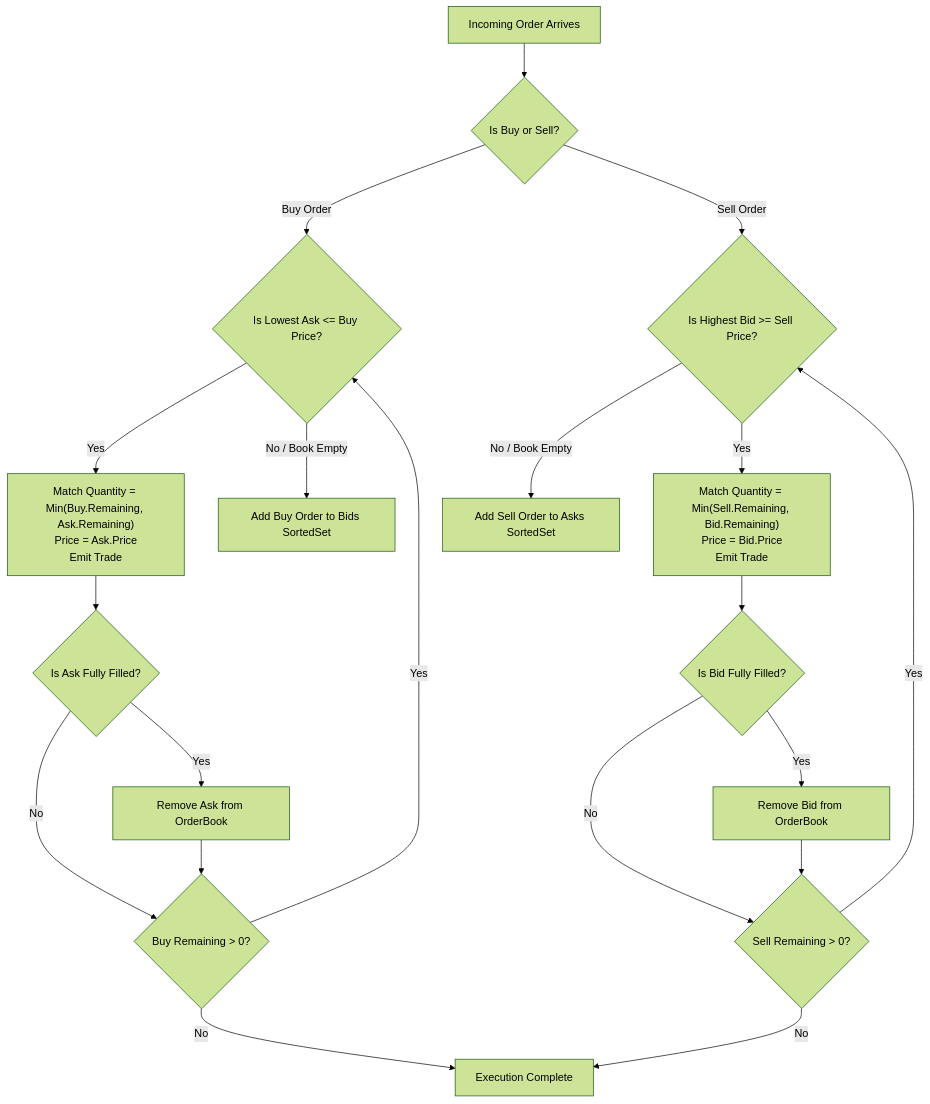
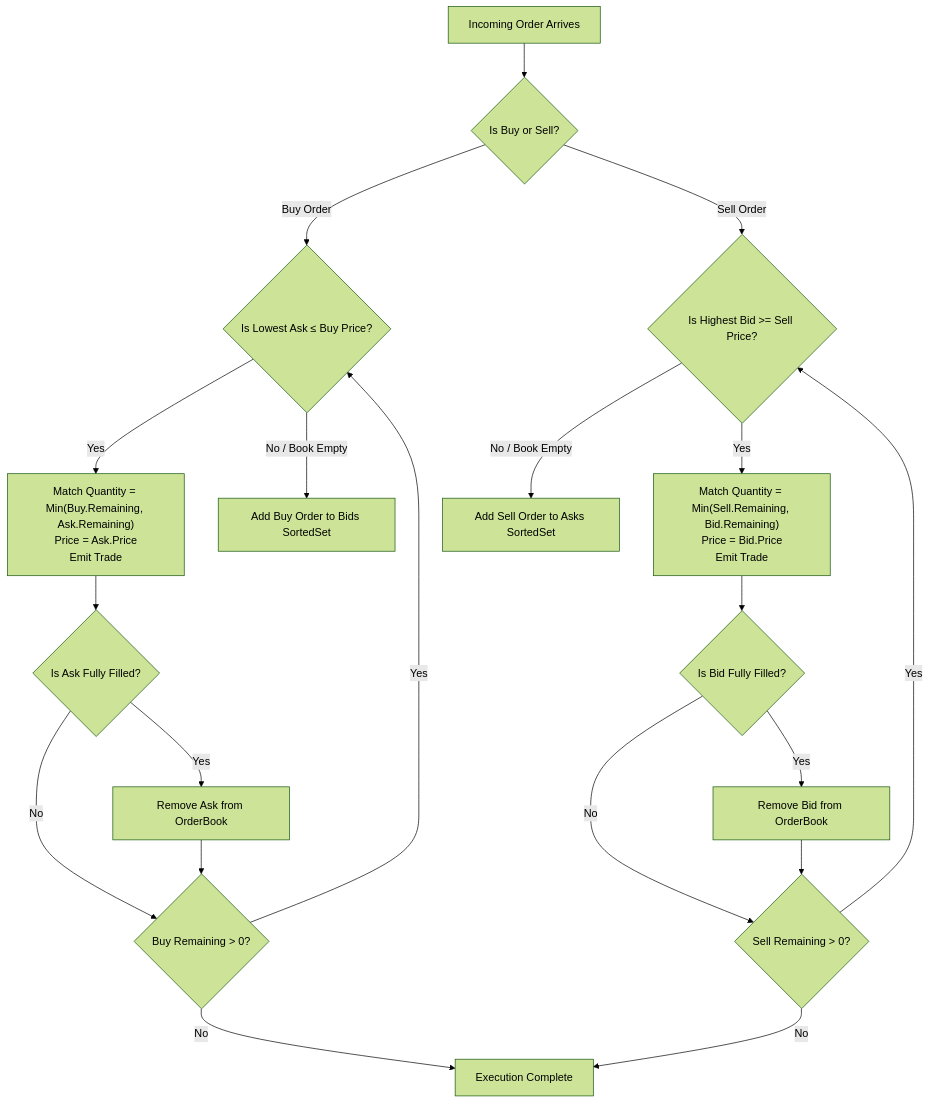
One commit to dip4k/DSA_102 changed the second of 2 diagrams in LLD/04_Tier4_Senior_Backend/35_Stock_Exchange_Matching_Engine.md. Above: the diagram before and after it, drawn with Mermaid (forest theme). The commit also changed 191 other files, not shown here.

````diff
--- a/LLD/04_Tier4_Senior_Backend/35_Stock_Exchange_Matching_Engine.md
+++ b/LLD/04_Tier4_Senior_Backend/35_Stock_Exchange_Matching_Engine.md
@@ -286,24 +286,24 @@
 ```mermaid
 flowchart TD
     Start["Incoming Order Arrives"] --> CheckSide{"Is Buy or Sell?"}
 
-    CheckSide -->|Buy Order| MatchAsk{"Is Lowest Ask <= Buy Price?"}
-    MatchAsk -->|Yes| ExecBuy["Match Quantity = Min(Buy.Remaining, Ask.Remaining)\nPrice = Ask.Price\nEmit Trade"]
+    CheckSide -->|Buy Order| MatchAsk{"Is Lowest Ask &le; Buy Price?"}
+    MatchAsk -->|Yes| ExecBuy["Match Quantity = Min(Buy.Remaining, Ask.Remaining)<br/>Price = Ask.Price<br/>Emit Trade"]
     ExecBuy --> RemoveAsk{"Is Ask Fully Filled?"}
     RemoveAsk -->|Yes| PopAsk["Remove Ask from OrderBook"]
     RemoveAsk -->|No| CheckRemainingBuy{"Buy Remaining > 0?"}
     PopAsk --> CheckRemainingBuy
     CheckRemainingBuy -->|Yes| MatchAsk
     CheckRemainingBuy -->|No| Done["Execution Complete"]
     MatchAsk -->|No / Book Empty| AddBuyToBook["Add Buy Order to Bids SortedSet"]
 
     CheckSide -->|Sell Order| MatchBid{"Is Highest Bid >= Sell Price?"}
-    MatchBid -->|Yes| ExecSell["Match Quantity = Min(Sell.Remaining, Bid.Remaining)\nPrice = Bid.Price\nEmit Trade"]
+    MatchBid -->|Yes| ExecSell["Match Quantity = Min(Sell.Remaining, Bid.Remaining)<br/>Price = Bid.Price<br/>Emit Trade"]
     ExecSell --> RemoveBid{"Is Bid Fully Filled?"}
     RemoveBid -->|Yes| PopBid["Remove Bid from OrderBook"]
     RemoveBid -->|No| CheckRemainingSell{"Sell Remaining > 0?"}
     PopBid --> CheckRemainingSell
     CheckRemainingSell -->|Yes| MatchBid
     CheckRemainingSell -->|No| Done
     MatchBid -->|No / Book Empty| AddSellToBook["Add Sell Order to Asks SortedSet"]
 ```
````
